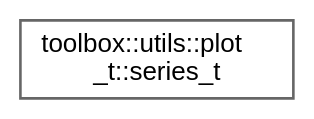
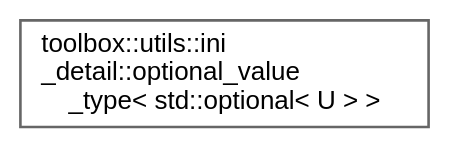
The diagram in inherit_graph_172.dot (nerdneilsfield/cpp-toolbox), drawn with Graphviz before and after one commit. The commit also changed 460 other files, not shown here.

```diff
--- a/inherit_graph_172.dot
+++ b/inherit_graph_172.dot
@@ -1,9 +1,9 @@
 digraph "Graphical Class Hierarchy"
 {
  // LATEX_PDF_SIZE
   bgcolor="transparent";
   edge [fontname=Helvetica,fontsize=10,labelfontname=Helvetica,labelfontsize=10];
   node [fontname=Helvetica,fontsize=10,shape=box,height=0.2,width=0.4];
   rankdir="LR";
-  Node0 [id="Node000000",label="toolbox::utils::plot\l_t::series_t",height=0.2,width=0.4,color="grey40", fillcolor="white", style="filled",URL="$structtoolbox_1_1utils_1_1plot__t_1_1series__t.html",tooltip=" "];
+  Node0 [id="Node000000",label="toolbox::utils::ini\l_detail::optional_value\l_type\< std::optional\< U \> \>",height=0.2,width=0.4,color="grey40", fillcolor="white", style="filled",URL="$structtoolbox_1_1utils_1_1ini__detail_1_1optional__value__type_3_01std_1_1optional_3_01_u_01_4_01_4.html",tooltip=" "];
 }
```
